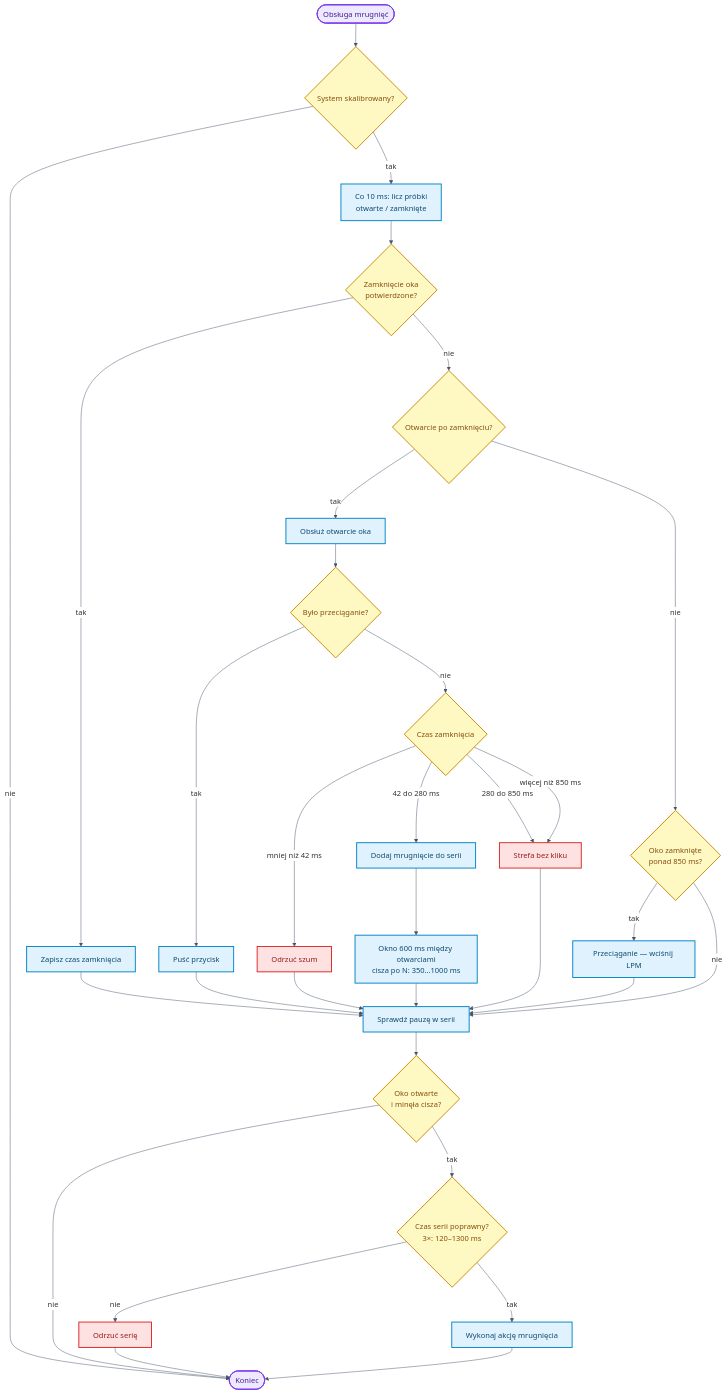
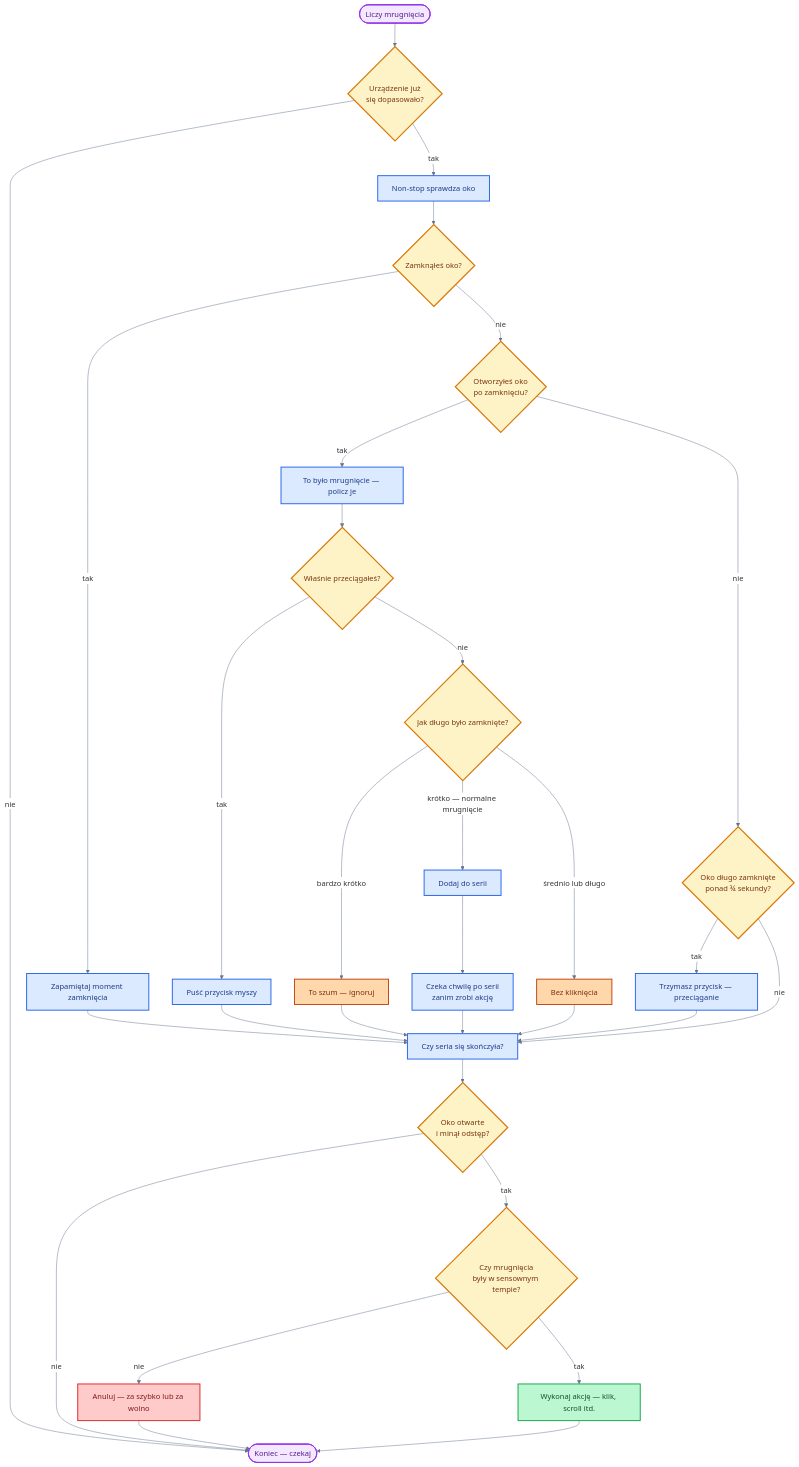
The eighth of 10 diagrams in README.md (bartkadres-ai/HEFAS-4.0), drawn with Mermaid before and after one commit. The commit also changed other lines of this file, not shown here.

````diff
--- a/README.md
+++ b/README.md
@@ -548,50 +565,53 @@
 ```mermaid
-%%{init: { 'theme': 'default', 'themeVariables': { 'darkMode': false, 'background': '#ffffff', 'mainBkg': '#ffffff', 'primaryColor': '#ffffff', 'secondaryColor': '#ffffff', 'tertiaryColor': '#ffffff', 'primaryTextColor': '#1e293b', 'lineColor': '#475569', 'clusterBkg': '#f8fafc', 'clusterBorder': '#cbd5e1', 'edgeLabelBackground': '#ffffff', 'noteBkgColor': '#f8fafc', 'noteTextColor': '#475569' }}}%%
+%%{init: { 'theme': 'default', 'themeVariables': { 'darkMode': false, 'background': '#ffffff', 'mainBkg': '#ffffff', 'primaryColor': '#ffffff', 'secondaryColor': '#ffffff', 'tertiaryColor': '#ffffff', 'primaryTextColor': '#1e293b', 'secondaryTextColor': '#334155', 'lineColor': '#64748b', 'primaryBorderColor': '#94a3b8', 'clusterBkg': '#f1f5f9', 'clusterBorder': '#94a3b8', 'edgeLabelBackground': '#ffffff', 'noteBkgColor': '#f8fafc', 'noteTextColor': '#475569', 'fontFamily': 'arial' }}}%%
 flowchart TD
-    M0([Obsługa mrugnięć]) --> RDY{System skalibrowany?}
-    RDY -->|nie| MX([Koniec])
-    RDY -->|tak| CNT["Co 10 ms: licz próbki<br/>otwarte / zamknięte"]
+    M0([Liczy mrugnięcia]) --> RDY{Urządzenie już<br/>się dopasowało?}
+    RDY -->|nie| MX([Koniec — czekaj])
+    RDY -->|tak| CNT[Non-stop sprawdza oko]
 
-    CNT --> C1{Zamknięcie oka<br/>potwierdzone?}
-    C1 -->|tak| CS[Zapisz czas zamknięcia]
-    C1 -->|nie| C2{Otwarcie po zamknięciu?}
+    CNT --> C1{Zamknąłeś oko?}
+    C1 -->|tak| CS[Zapamiętaj moment zamknięcia]
+    C1 -->|nie| C2{Otworzyłeś oko<br/>po zamknięciu?}
 
-    C2 -->|tak| EDGE[Obsłuż otwarcie oka]
-    C2 -->|nie| C3{Oko zamknięte<br/>ponad 850 ms?}
-    C3 -->|tak| DRG[Przeciąganie — wciśnij LPM]
+    C2 -->|tak| EDGE[To było mrugnięcie — policz je]
+    C2 -->|nie| C3{Oko długo zamknięte<br/>ponad ¾ sekundy?}
+    C3 -->|tak| DRG[Trzymasz przycisk — przeciąganie]
     C3 -->|nie| TM
 
-    EDGE --> E1{Było przeciąganie?}
-    E1 -->|tak| DRGOFF[Puść przycisk]
-    E1 -->|nie| E2{Czas zamknięcia}
-    E2 -->|mniej niż 42 ms| ART[Odrzuć szum]
-    E2 -->|42 do 280 ms| REG[Dodaj mrugnięcie do serii]
-    E2 -->|280 do 850 ms| STREFA[Strefa bez kliku]
-    E2 -->|więcej niż 850 ms| STREFA
+    EDGE --> E1{Właśnie przeciągałeś?}
+    E1 -->|tak| DRGOFF[Puść przycisk myszy]
+    E1 -->|nie| E2{Jak długo było zamknięte?}
+    E2 -->|bardzo krótko| ART[To szum — ignoruj]
+    E2 -->|krótko — normalne mrugnięcie| REG[Dodaj do serii]
+    E2 -->|średnio lub długo| STREFA[Bez kliknięcia]
 
-    REG --> REGD["Okno 600 ms między otwarciami<br/>cisza po N: 350…1000 ms"]
+    REG --> REGD["Czeka chwilę po serii<br/>zanim zrobi akcję"]
 
     CS --> TM
     DRG --> TM
     DRGOFF --> TM
     ART --> TM
     STREFA --> TM
-    REGD --> TM[Sprawdź pauzę w serii]
+    REGD --> TM[Czy seria się skończyła?]
 
-    TM --> T1{Oko otwarte<br/>i minęła cisza?}
+    TM --> T1{Oko otwarte<br/>i minął odstęp?}
     T1 -->|nie| MX
-    T1 -->|tak| T2{Czas serii poprawny?<br/>3×: 120–1300 ms}
-    T2 -->|nie| DROP[Odrzuć serię]
-    T2 -->|tak| ACT[Wykonaj akcję mrugnięcia]
+    T1 -->|tak| T2{Czy mrugnięcia<br/>były w sensownym tempie?}
+    T2 -->|nie| DROP[Anuluj — za szybko lub za wolno]
+    T2 -->|tak| ACT[Wykonaj akcję — klik, scroll itd.]
     DROP --> MX
     ACT --> MX
 
-    classDef startEnd fill:#ede9fe,stroke:#7c3aed,stroke-width:2px,color:#4c1d95
-    classDef process fill:#e0f2fe,stroke:#0284c7,stroke-width:2px,color:#0c4a6e
-    classDef decision fill:#fef9c3,stroke:#ca8a04,stroke-width:2px,color:#854d0e
-    classDef warn fill:#fee2e2,stroke:#dc2626,stroke-width:2px,color:#991b1b
+    classDef startEnd fill:#f3e8ff,stroke:#9333ea,stroke-width:2px,color:#581c87
+    classDef process fill:#dbeafe,stroke:#2563eb,stroke-width:2px,color:#1e3a8a
+    classDef decision fill:#fef3c7,stroke:#d97706,stroke-width:2.5px,color:#78350f
+    classDef warn fill:#fed7aa,stroke:#c2410c,stroke-width:2px,color:#7c2d12
+    classDef bad fill:#fecaca,stroke:#dc2626,stroke-width:2px,color:#7f1d1d
+    classDef success fill:#bbf7d0,stroke:#16a34a,stroke-width:2px,color:#14532d
     class M0,MX startEnd
-    class CNT,CS,EDGE,DRG,DRGOFF,REG,REGD,TM,ACT process
+    class CNT,CS,EDGE,DRG,DRGOFF,REG,REGD,TM process
     class RDY,C1,C2,C3,E1,E2,T1,T2 decision
-    class ART,STREFA,DROP warn
+    class ACT success
+    class ART,STREFA warn
+    class DROP bad
 ```
````
